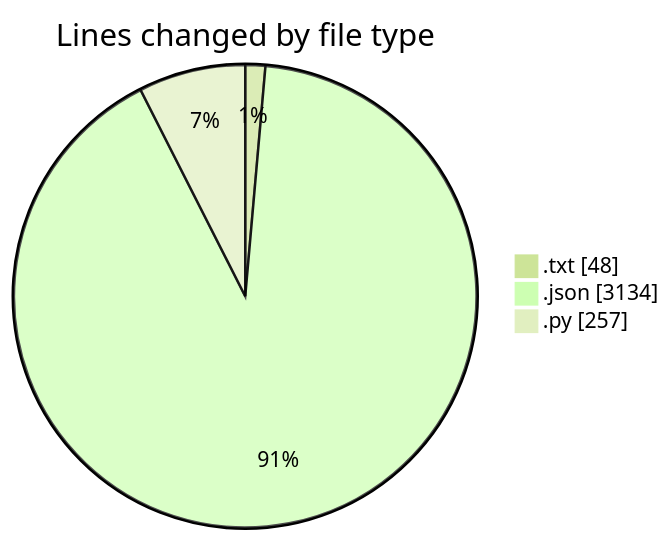
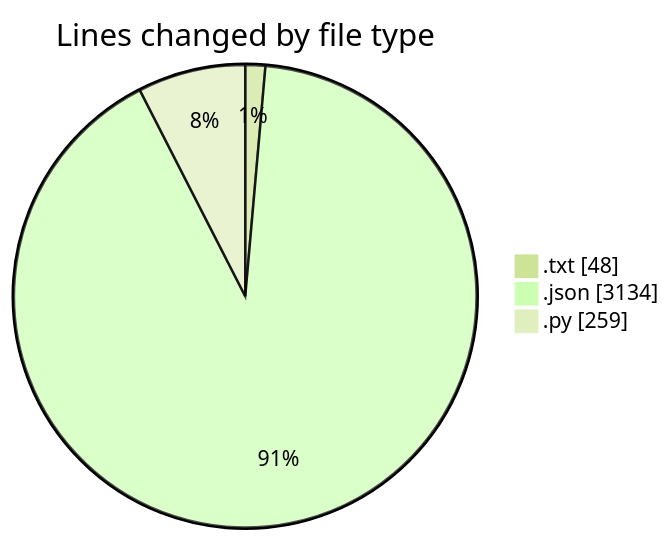
The first of 2 diagrams in 2025-04-30/myws__workspace_/README.md (MatusMokan/code-tracking), drawn with Mermaid (forest theme) before and after one commit. The commit also changed other lines of this file and 1 other file, not shown here.

````diff
--- a/2025-04-30/myws__workspace_/README.md
+++ b/2025-04-30/myws__workspace_/README.md
@@ -26,7 +26,7 @@
 ```mermaid
 pie showData
 title Lines changed by file type
 ".txt" : 48
 ".json" : 3134
-".py" : 257
+".py" : 259
 ```
````
